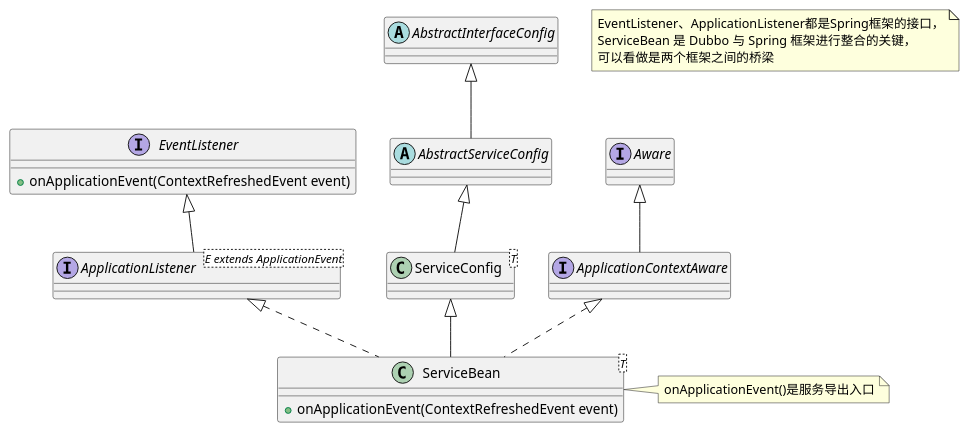
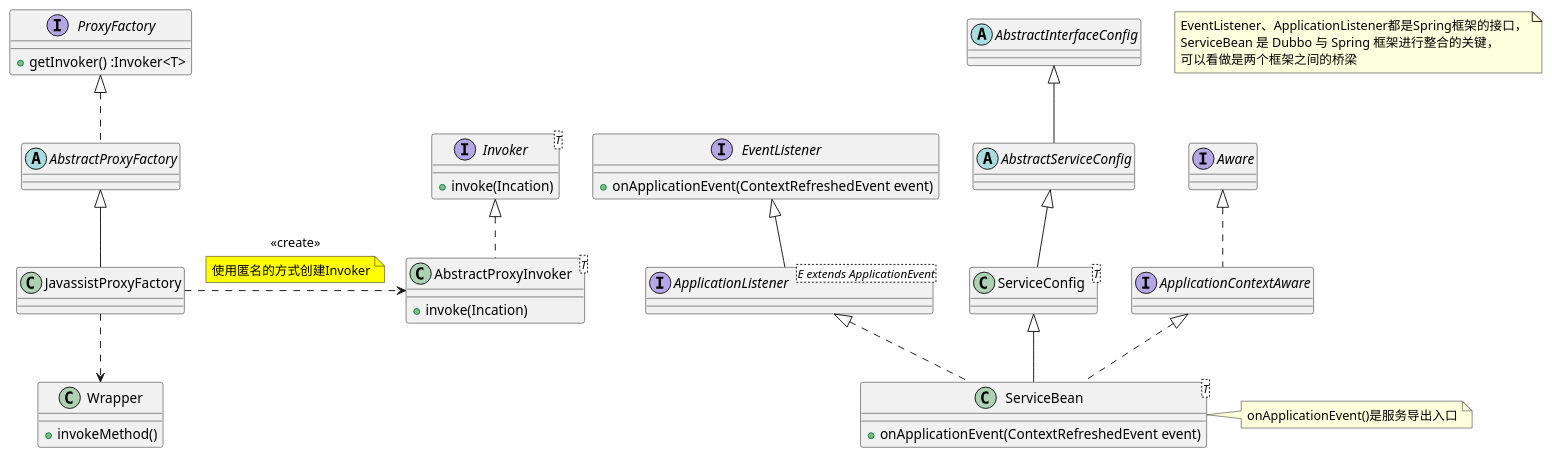
Before and after one commit to SikiTech/dubbo-parent: the diagram in 服务导出-类图.puml, drawn with PlantUML. The commit also changed 11 other files, not shown here.

```diff
--- a/服务导出-类图.puml
+++ b/服务导出-类图.puml
@@ -1,40 +1,68 @@
 @startuml
 ' 相关类
 interface EventListener
 interface ApplicationListener<E extends ApplicationEvent>
 class ServiceBean<T>
 abstract AbstractServiceConfig
 abstract AbstractInterfaceConfig
 class ServiceConfig<T>
 interface ApplicationContextAware
 interface Aware
-
+abstract AbstractProxyInvoker<T>
+interface Invoker<T>
+class JavassistProxyFactory
+abstract AbstractProxyFactory
+interface ProxyFactory
+abstract Wrapper
 
 EventListener <|-- ApplicationListener
 ApplicationListener <|.. ServiceBean
 AbstractInterfaceConfig <|-- AbstractServiceConfig
 AbstractServiceConfig <|-- ServiceConfig
 ServiceConfig <|-- ServiceBean
 
-Aware <|-- ApplicationContextAware
+Aware <|.. ApplicationContextAware
 ApplicationContextAware <|.. ServiceBean
 
+Invoker <|.. AbstractProxyInvoker
+ProxyFactory <|.. AbstractProxyFactory
+AbstractProxyFactory <|-- JavassistProxyFactory
+
+JavassistProxyFactory .right.> AbstractProxyInvoker :<<create>>
+note on link #yellow: 使用匿名的方式创建Invoker
+
+JavassistProxyFactory ..> Wrapper
 
 interface EventListener {
     + onApplicationEvent(ContextRefreshedEvent event)
 }
 
 
 class ServiceBean<T> {
     + onApplicationEvent(ContextRefreshedEvent event)
+}
 
+interface Invoker<T> {
+    +invoke(Incation)
+}
+
+class AbstractProxyInvoker<T> {
+    +invoke(Incation)
+}
+
+interface ProxyFactory {
+    +getInvoker() :Invoker<T>
+}
+
+class Wrapper{
+    +invokeMethod()
 }
 
 note right of ServiceBean: onApplicationEvent()是服务导出入口
 note as N1
 EventListener、ApplicationListener都是Spring框架的接口，
 ServiceBean 是 Dubbo 与 Spring 框架进行整合的关键，
 可以看做是两个框架之间的桥梁
 end note
 
 @enduml
```
